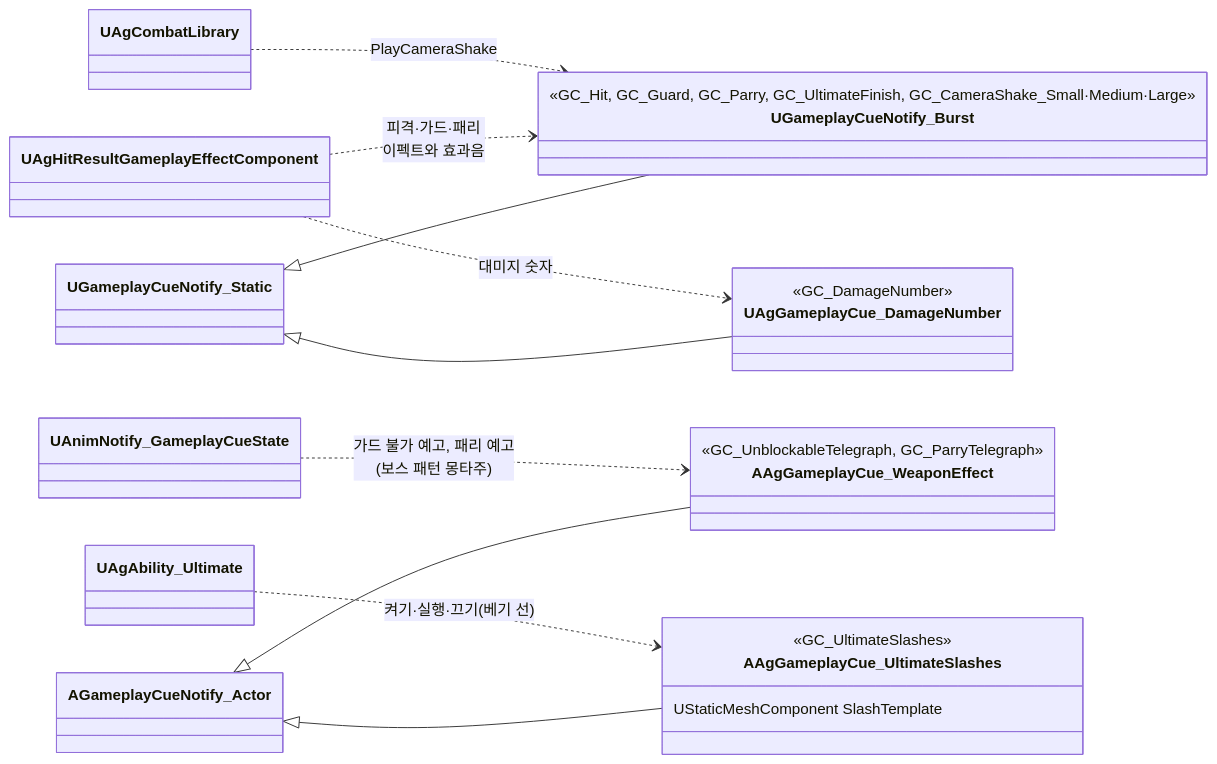
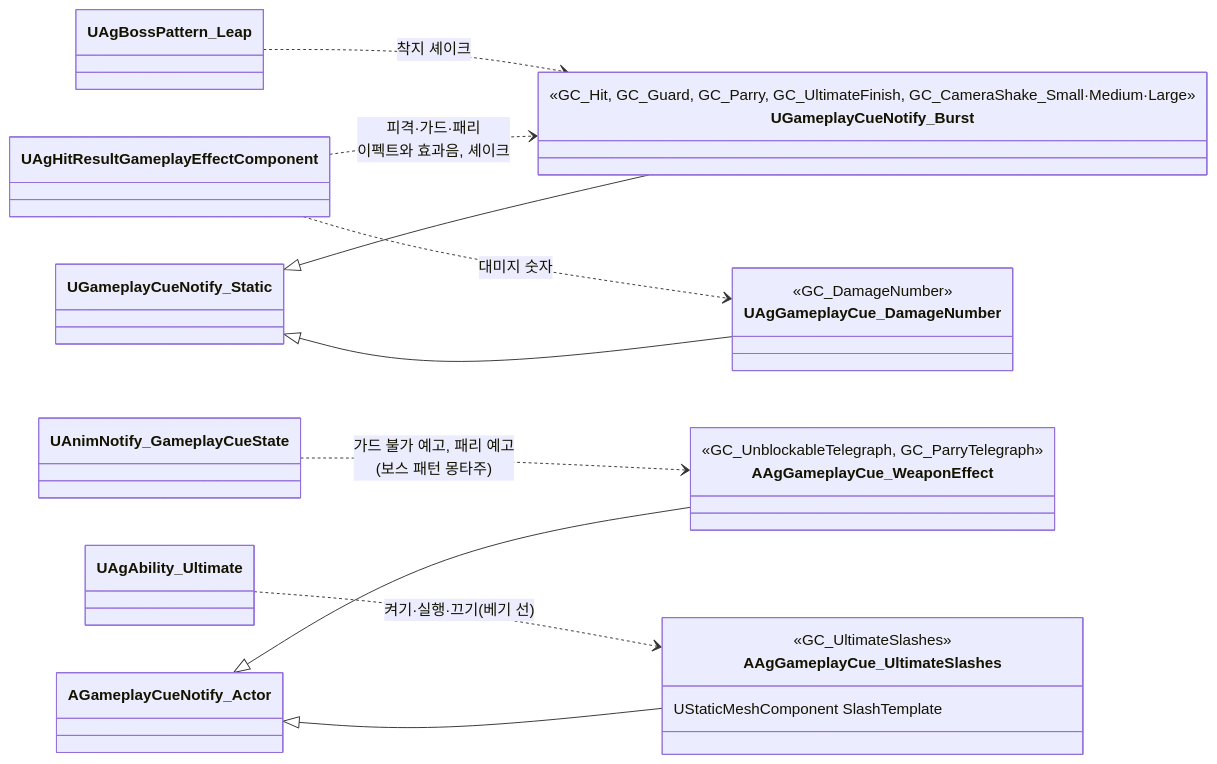
Before and after one commit to Woogl/Ag: the second of 2 diagrams in Docs/Program/전투 규칙.md, drawn with Mermaid. The commit also changed other lines of this file and 27 other files, not shown here.

Commit message:
구현: 프로젝트 헬퍼를 엔진 함수로 바꾸고 UAgCombatLibrary 삭제

````diff
--- a/Docs/Program/전투 규칙.md
+++ b/Docs/Program/전투 규칙.md
@@ -55,27 +53,27 @@
 ```mermaid
 classDiagram
     direction LR
     class UGameplayCueNotify_Burst {
         <<GC_Hit, GC_Guard, GC_Parry, GC_UltimateFinish, GC_CameraShake_Small·Medium·Large>>
     }
     class UAgGameplayCue_DamageNumber {
         <<GC_DamageNumber>>
     }
     class AAgGameplayCue_WeaponEffect {
         <<GC_UnblockableTelegraph, GC_ParryTelegraph>>
     }
     class AAgGameplayCue_UltimateSlashes {
         <<GC_UltimateSlashes>>
         UStaticMeshComponent SlashTemplate
     }
     UGameplayCueNotify_Static <|-- UGameplayCueNotify_Burst
     UGameplayCueNotify_Static <|-- UAgGameplayCue_DamageNumber
     AGameplayCueNotify_Actor <|-- AAgGameplayCue_WeaponEffect
     AGameplayCueNotify_Actor <|-- AAgGameplayCue_UltimateSlashes
 
-    UAgHitResultGameplayEffectComponent ..> UGameplayCueNotify_Burst : 피격·가드·패리<br>이펙트와 효과음
+    UAgHitResultGameplayEffectComponent ..> UGameplayCueNotify_Burst : 피격·가드·패리<br>이펙트와 효과음, 셰이크
     UAgHitResultGameplayEffectComponent ..> UAgGameplayCue_DamageNumber : 대미지 숫자
-    UAgCombatLibrary ..> UGameplayCueNotify_Burst : PlayCameraShake
+    UAgBossPattern_Leap ..> UGameplayCueNotify_Burst : 착지 셰이크
     UAnimNotify_GameplayCueState ..> AAgGameplayCue_WeaponEffect : 가드 불가 예고, 패리 예고<br>(보스 패턴 몽타주)
     UAgAbility_Ultimate ..> AAgGameplayCue_UltimateSlashes : 켜기·실행·끄기(베기 선)
 ```
````
